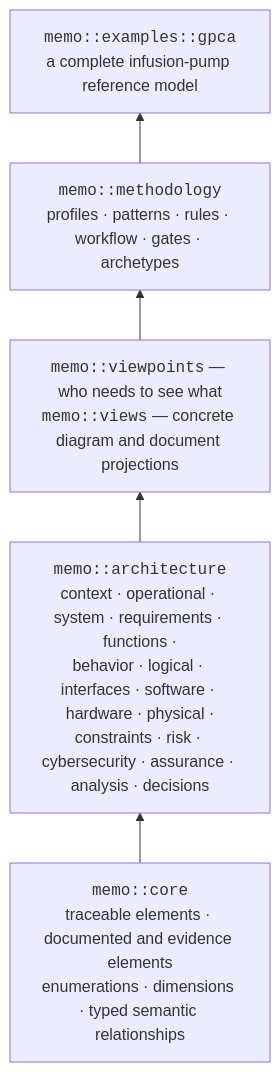
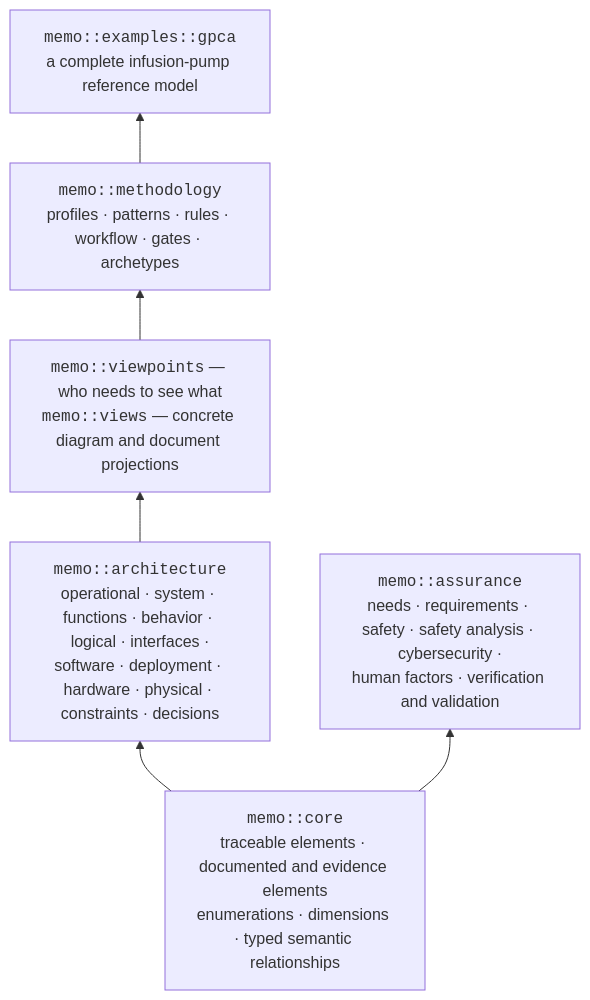
The diagram in docs/architecture/namespace.md (memoarchitect/memo), drawn with Mermaid before and after one commit. The commit also changed other lines of this file and 54 other files, not shown here.

````diff
--- a/docs/architecture/namespace.md
+++ b/docs/architecture/namespace.md
@@ -7,9 +7,11 @@
 ```mermaid
 flowchart BT
     core["<code>memo::core</code><br/>traceable elements · documented and evidence elements<br/>enumerations · dimensions · typed semantic relationships"]
-    arch["<code>memo::architecture</code><br/>context · operational · system · requirements · functions ·<br/>behavior · logical · interfaces · software · hardware · physical ·<br/>constraints · risk · cybersecurity · assurance · analysis · decisions"]
+    arch["<code>memo::architecture</code><br/>operational · system · functions · behavior · logical · interfaces ·<br/>software · deployment · hardware · physical · constraints · decisions"]
+    assurance["<code>memo::assurance</code><br/>needs · requirements · safety · safety analysis · cybersecurity ·<br/>human factors · verification and validation"]
     vp["<code>memo::viewpoints</code> — who needs to see what<br/><code>memo::views</code> — concrete diagram and document projections"]
     meth["<code>memo::methodology</code><br/>profiles · patterns · rules · workflow · gates · archetypes"]
     gpca["<code>memo::examples::gpca</code><br/>a complete infusion-pump reference model"]
     core --> arch --> vp --> meth --> gpca
+    core --> assurance
 ```
````
